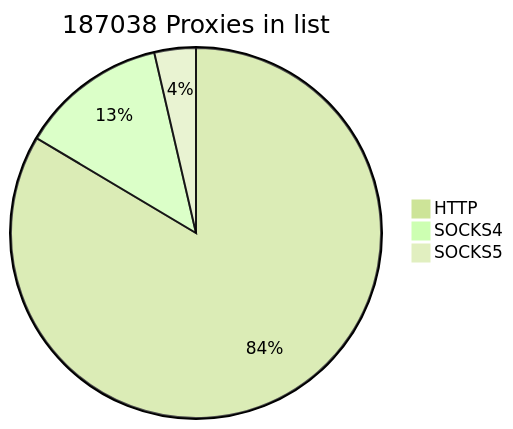
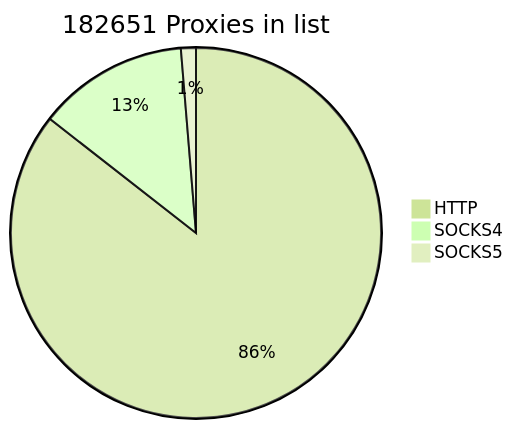
One commit to cutipu/proxylist changed the first of 2 diagrams in README.md. Above: the diagram before and after it, drawn with Mermaid (forest theme). The commit also changed other lines of this file, not shown here.

````diff
--- a/README.md
+++ b/README.md
@@ -2,7 +2,7 @@
 ```mermaid
-pie title 187038 Proxies in list
-    "HTTP" : 156263
+pie title 182651 Proxies in list
+    "HTTP" : 156262
     "SOCKS4" : 24002
-    "SOCKS5" : 6773
+    "SOCKS5" : 2387
             
 ```
````
